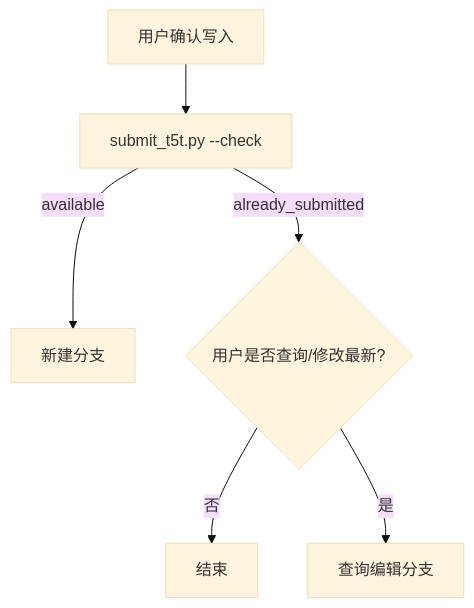
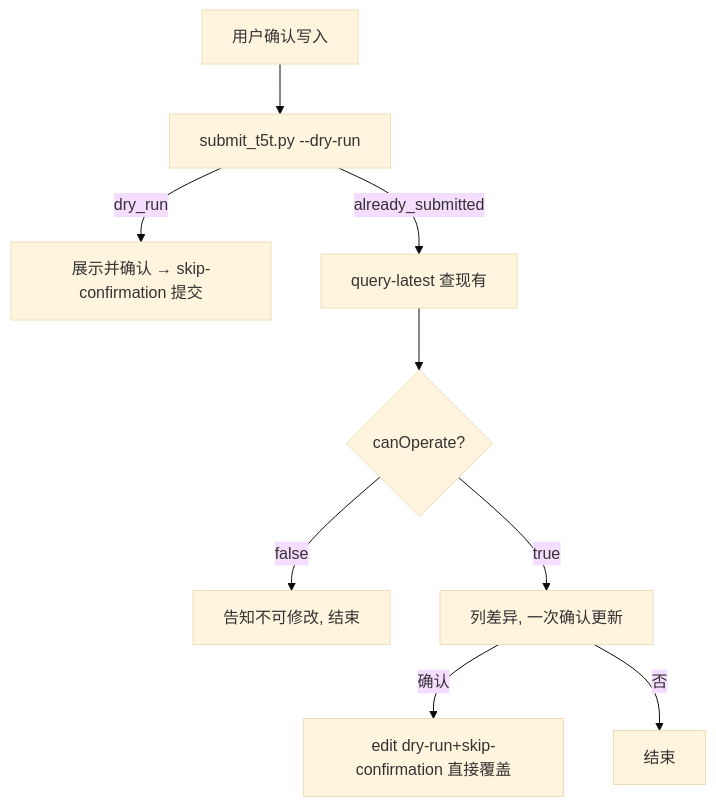
One commit to TinySing/codex-skills changed the diagram in t5t-skill/docs/ARCHITECTURE.md. Above: the diagram before and after it, drawn with Mermaid (base theme). The commit also changed other lines of this file and 2 other files, not shown here.

````diff
--- a/t5t-skill/docs/ARCHITECTURE.md
+++ b/t5t-skill/docs/ARCHITECTURE.md
@@ -104,8 +100,11 @@
 ```mermaid
 flowchart TD
-  A[用户确认写入] --> B[submit_t5t.py --check]
-  B -->|available| C[新建分支]
-  B -->|already_submitted| D{用户是否查询/修改最新?}
-  D -->|否| E[结束]
-  D -->|是| F[查询编辑分支]
+  A[用户确认写入] --> B[submit_t5t.py --dry-run]
+  B -->|dry_run| C[展示并确认 → skip-confirmation 提交]
+  B -->|already_submitted| G[query-latest 查现有]
+  G --> H{canOperate?}
+  H -->|false| I[告知不可修改, 结束]
+  H -->|true| J[列差异, 一次确认更新]
+  J -->|确认| K[edit dry-run+skip-confirmation 直接覆盖]
+  J -->|否| E[结束]
 ```
````
